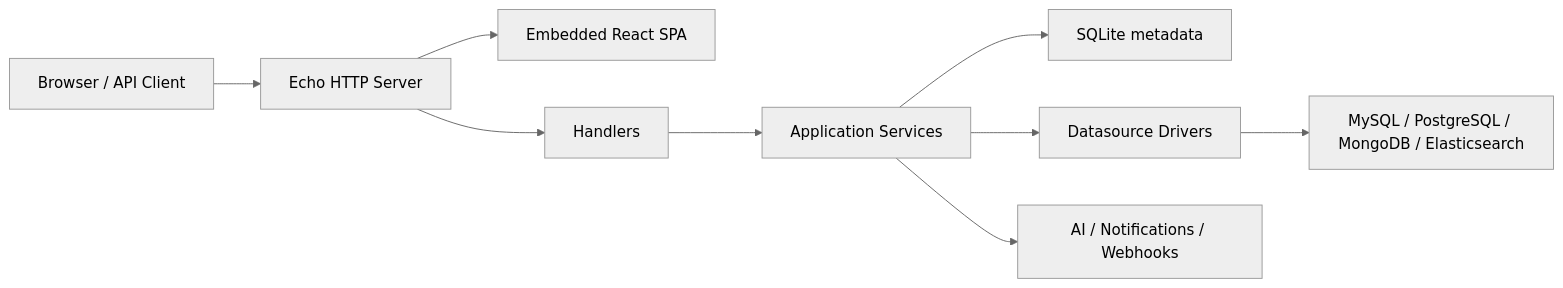
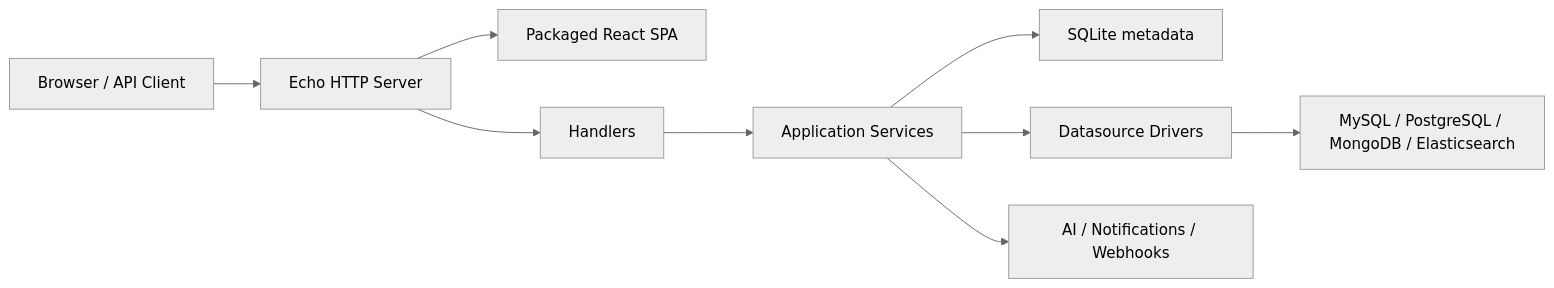
One commit to whg517/sqlflow changed the diagram in README.md. Above: the diagram before and after it, drawn with Mermaid (neutral theme). The commit also changed other lines of this file and 16 other files, not shown here.

Commit message:
docs: add restructured documentation (requirements, architecture, ADR, user stories)

````diff
--- a/README.md
+++ b/README.md
@@ -89,11 +89,11 @@
 ```mermaid
 flowchart LR
     Client["Browser / API Client"] --> Echo["Echo HTTP Server"]
-    Echo --> SPA["Embedded React SPA"]
+    Echo --> SPA["Packaged React SPA"]
     Echo --> Handler["Handlers"]
     Handler --> Service["Application Services"]
     Service --> SQLite["SQLite metadata"]
     Service --> Driver["Datasource Drivers"]
     Driver --> Targets["MySQL / PostgreSQL / MongoDB / Elasticsearch"]
     Service --> External["AI / Notifications / Webhooks"]
 ```
````
